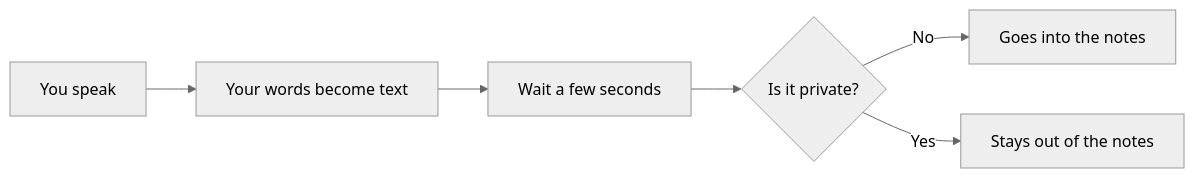
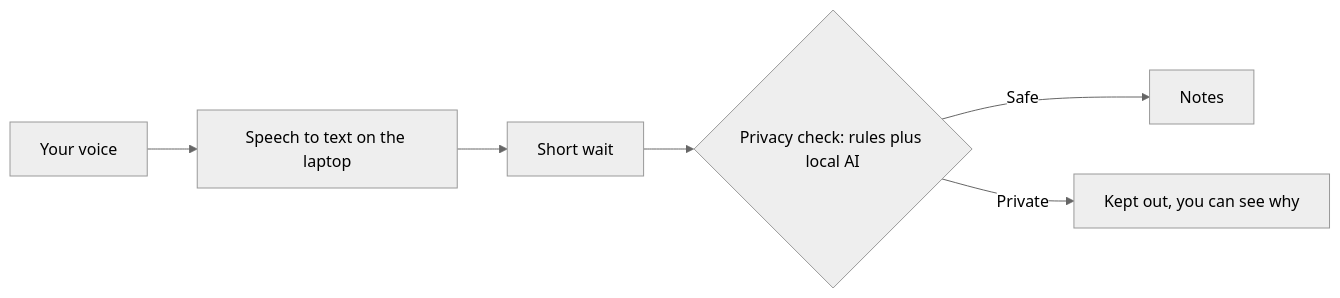
The diagram in docs/HOW_IT_WORKS.md (Dee-1862/agent-filter), drawn with Mermaid (neutral theme) before and after one commit. The commit also changed 2 other files, not shown here.

Commit message:
Use one simple flow diagram across the docs
- Five plain steps from your voice to the notes, with a branch for private lines
- Same diagram in README, the plain language guide and the architecture doc
- Tool names moved to a small table under the diagram

````diff
--- a/docs/HOW_IT_WORKS.md
+++ b/docs/HOW_IT_WORKS.md
@@ -18,8 +18,8 @@
 ```mermaid
 flowchart LR
-  A[You speak] --> B[Your words become text]
-  B --> C[Wait a few seconds]
-  C --> D{Is it private?}
-  D -->|No| E[Goes into the notes]
-  D -->|Yes| F[Stays out of the notes]
+  A[Your voice] --> B[Speech to text on the laptop]
+  B --> C[Short wait]
+  C --> D{Privacy check: rules plus local AI}
+  D -->|Safe| E[Notes]
+  D -->|Private| F[Kept out, you can see why]
 ```
````
